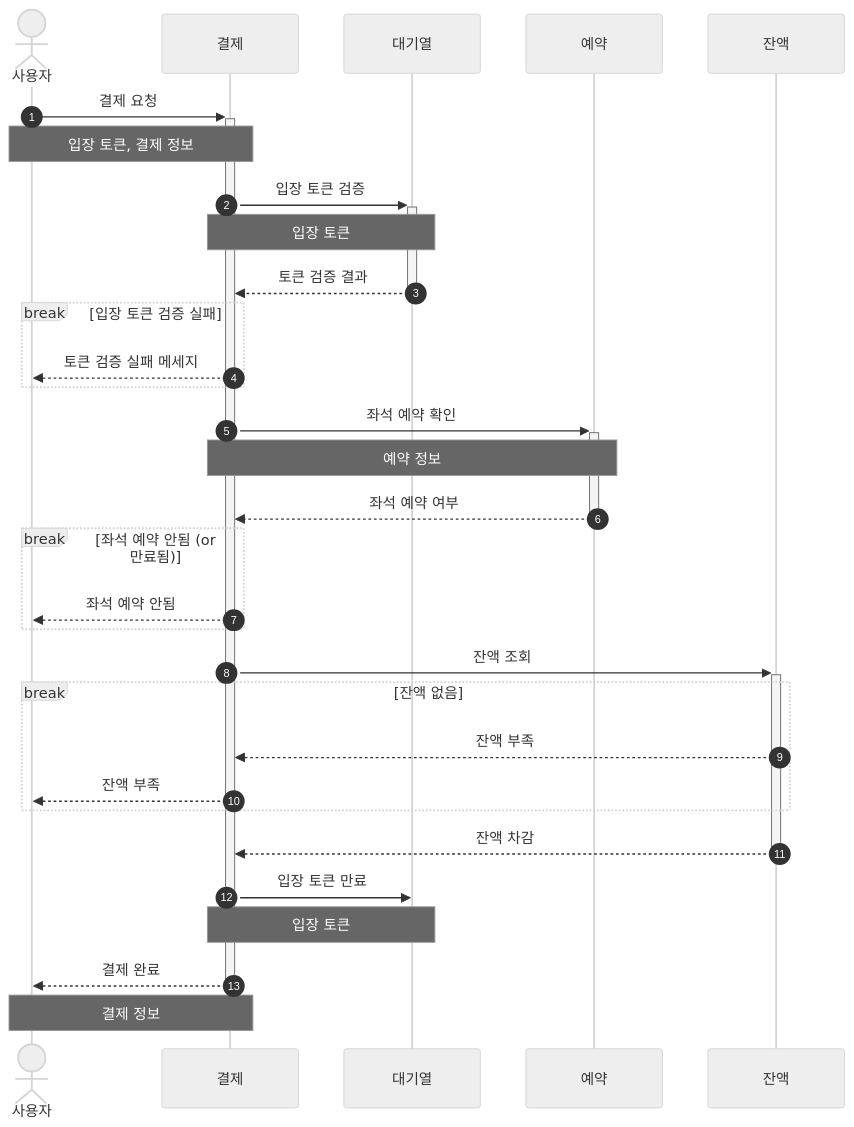
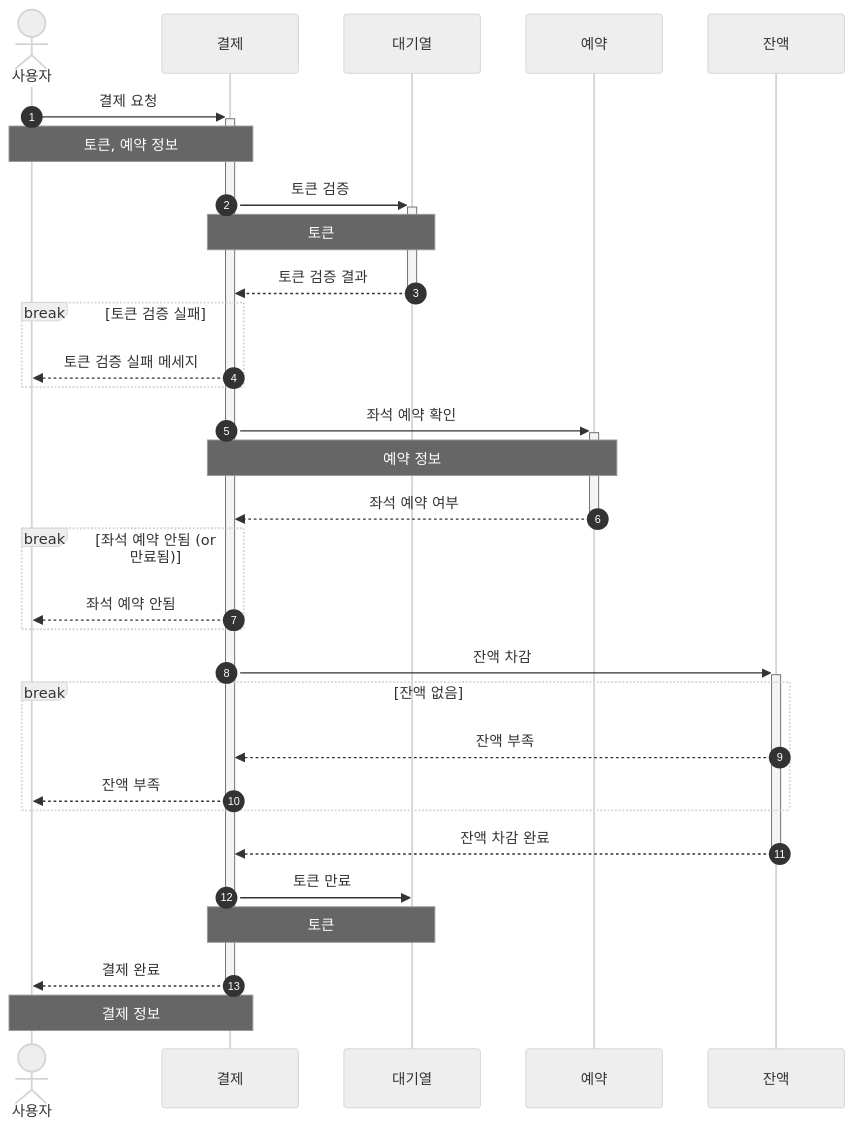
The eighth of 13 diagrams in README.md (YoungWonBackendStudy/HHPlus-Concert-Reservation), drawn with Mermaid (neutral theme) before and after one commit. The commit also changed other lines of this file, not shown here.

````diff
--- a/README.md
+++ b/README.md
@@ -118,36 +115,36 @@
 ```mermaid
 sequenceDiagram
     autonumber
     actor 사용자
 
     사용자 ->>+ 결제: 결제 요청
-    Note over 사용자, 결제: 입장 토큰, 결제 정보
+    Note over 사용자, 결제: 토큰, 예약 정보
 
-    결제 ->>+ 대기열: 입장 토큰 검증
-    Note over 결제, 대기열: 입장 토큰
+    결제 ->>+ 대기열: 토큰 검증
+    Note over 결제, 대기열: 토큰
     대기열 -->>- 결제: 토큰 검증 결과
-    break 입장 토큰 검증 실패
+    break 토큰 검증 실패
         결제 -->> 사용자: 토큰 검증 실패 메세지
     end
 
     결제 ->>+ 예약: 좌석 예약 확인
     Note over 결제, 예약: 예약 정보
     예약 -->>- 결제: 좌석 예약 여부
 
     break 좌석 예약 안됨 (or 만료됨)
         결제 -->> 사용자: 좌석 예약 안됨
     end
 
-    결제 ->>+ 잔액: 잔액 조회
+    결제 ->>+ 잔액: 잔액 차감
 
     break 잔액 없음
         잔액 -->> 결제: 잔액 부족
         결제 -->> 사용자: 잔액 부족
     end
 
-    잔액 -->>- 결제: 잔액 차감
-    결제 ->> 대기열: 입장 토큰 만료
-    Note over 결제, 대기열: 입장 토큰
+    잔액 -->>- 결제: 잔액 차감 완료
+    결제 ->> 대기열: 토큰 만료
+    Note over 결제, 대기열: 토큰
     결제 -->>- 사용자: 결제 완료
     Note over 사용자, 결제: 결제 정보
 ```
````
